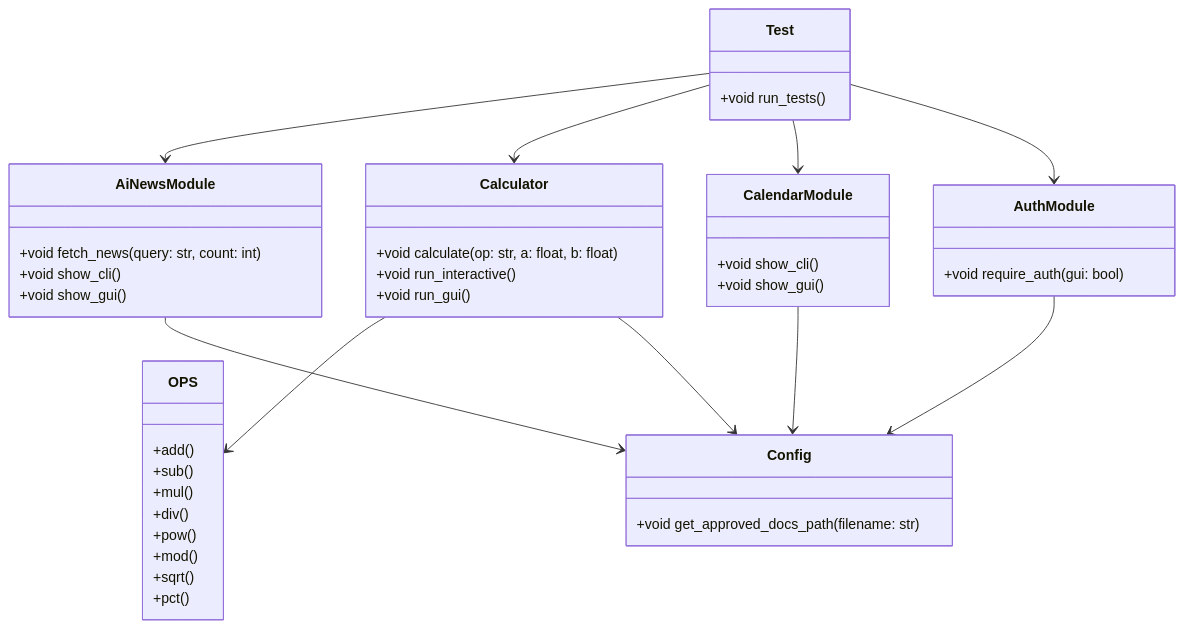
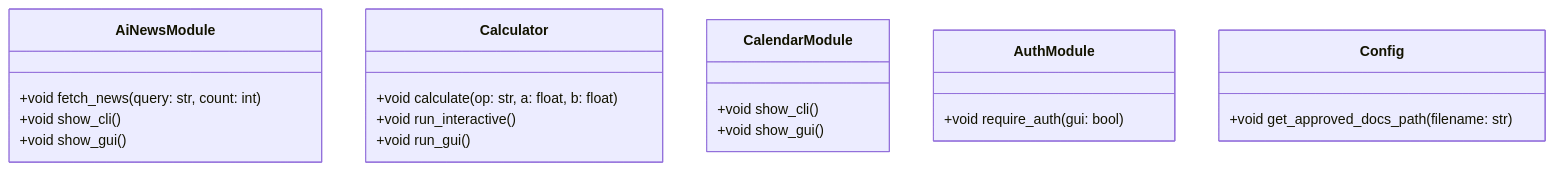
The diagram in docs/diagrams/class.mmd (thoaihcmc/docs-pipeline-e2e-test), drawn with Mermaid before and after one commit. The commit also changed 7 other files, not shown here.

Commit message:
docs: auto-generate FDD, BDD, ADD and diagrams for 50a6ba532f39a9bb62d3e61fbf0a9d72e614c07b

````diff
--- a/docs/diagrams/class.mmd
+++ b/docs/diagrams/class.mmd
@@ -1,45 +1,23 @@
 ```mermaid  
 classDiagram  
     class AiNewsModule {  
       +void fetch_news(query: str, count: int)  
       +void show_cli()  
       +void show_gui()  
     }  
     class Calculator {  
       +void calculate(op: str, a: float, b: float)  
       +void run_interactive()  
       +void run_gui()  
     }  
     class CalendarModule {  
       +void show_cli()  
       +void show_gui()  
     }  
     class AuthModule {  
       +void require_auth(gui: bool)  
     }  
     class Config {  
       +void get_approved_docs_path(filename: str)  
     }  
-    class Test {  
-      +void run_tests()  
-    }  
-    class OPS {  
-      +add()  
-      +sub()  
-      +mul()  
-      +div()  
-      +pow()  
-      +mod()  
-      +sqrt()  
-      +pct()  
-    }  
-    Calculator --> OPS  
-    AiNewsModule --> Config  
-    Calculator --> Config  
-    CalendarModule --> Config  
-    AuthModule --> Config  
-    Test --> AiNewsModule  
-    Test --> Calculator  
-    Test --> CalendarModule  
-    Test --> AuthModule  
 ```
````
